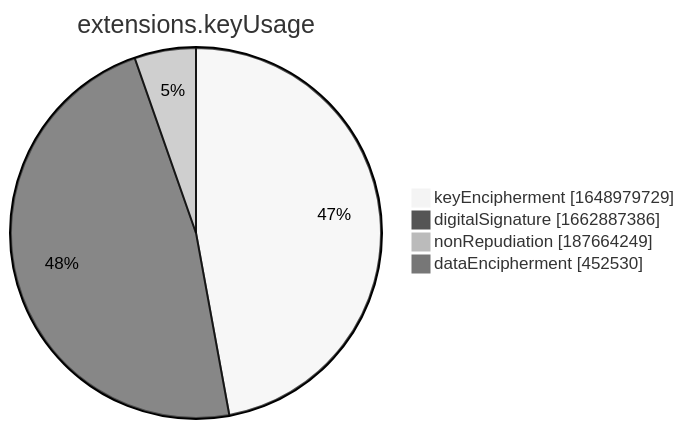
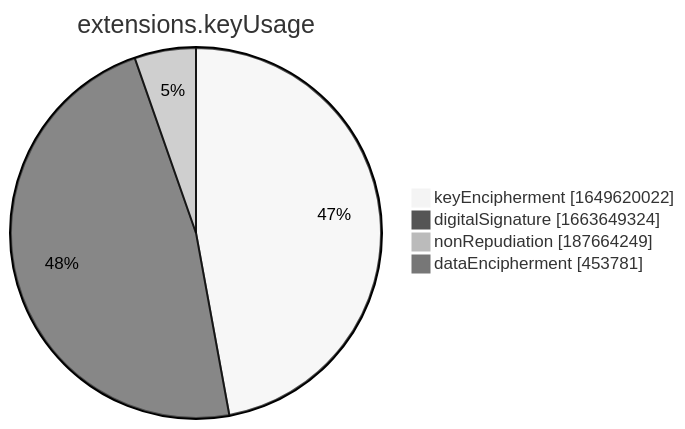
One commit to christiankrug/ctmonitor_visualization changed the seventh of 15 diagrams in xenon2022/README.md. Above: the diagram before and after it, drawn with Mermaid (neutral theme). The commit also changed other lines of this file, not shown here.

````diff
--- a/xenon2022/README.md
+++ b/xenon2022/README.md
@@ -2857,8 +2857,8 @@
 ```mermaid
 pie showData
 title extensions.keyUsage
-"keyEncipherment" :1648979729
-"digitalSignature" :1662887386
+"keyEncipherment" :1649620022
+"digitalSignature" :1663649324
 "nonRepudiation" :187664249
-"dataEncipherment" :452530
+"dataEncipherment" :453781
 ```
````
